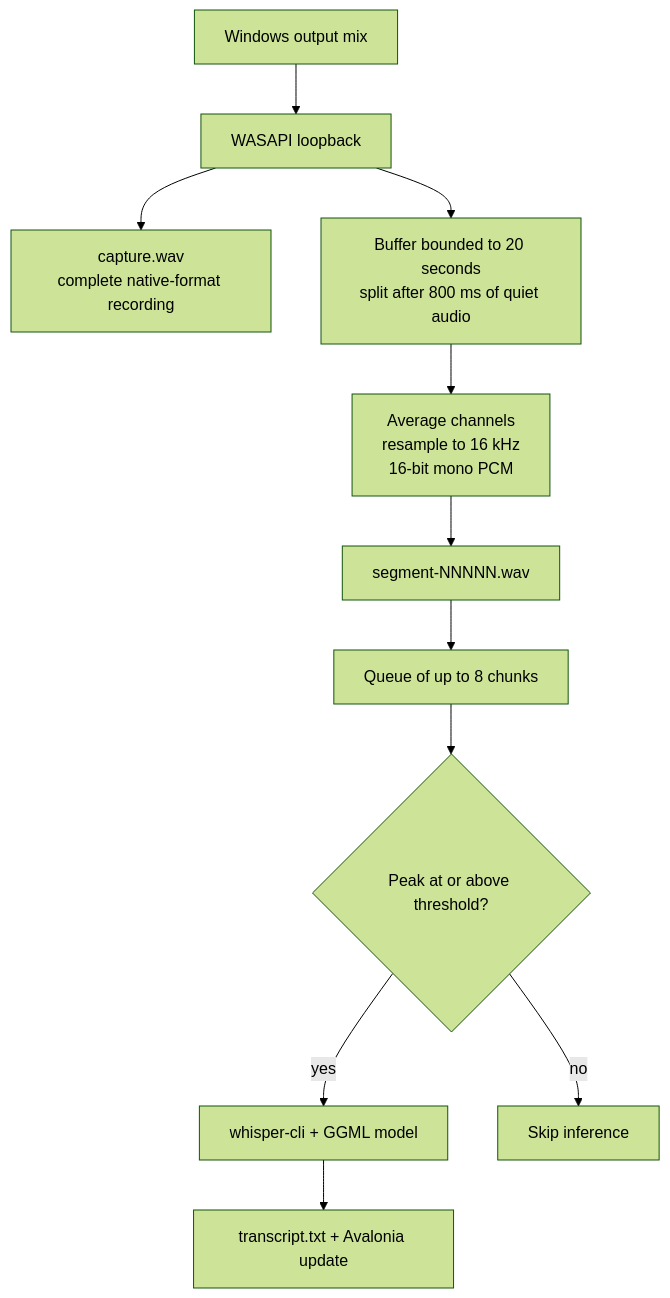
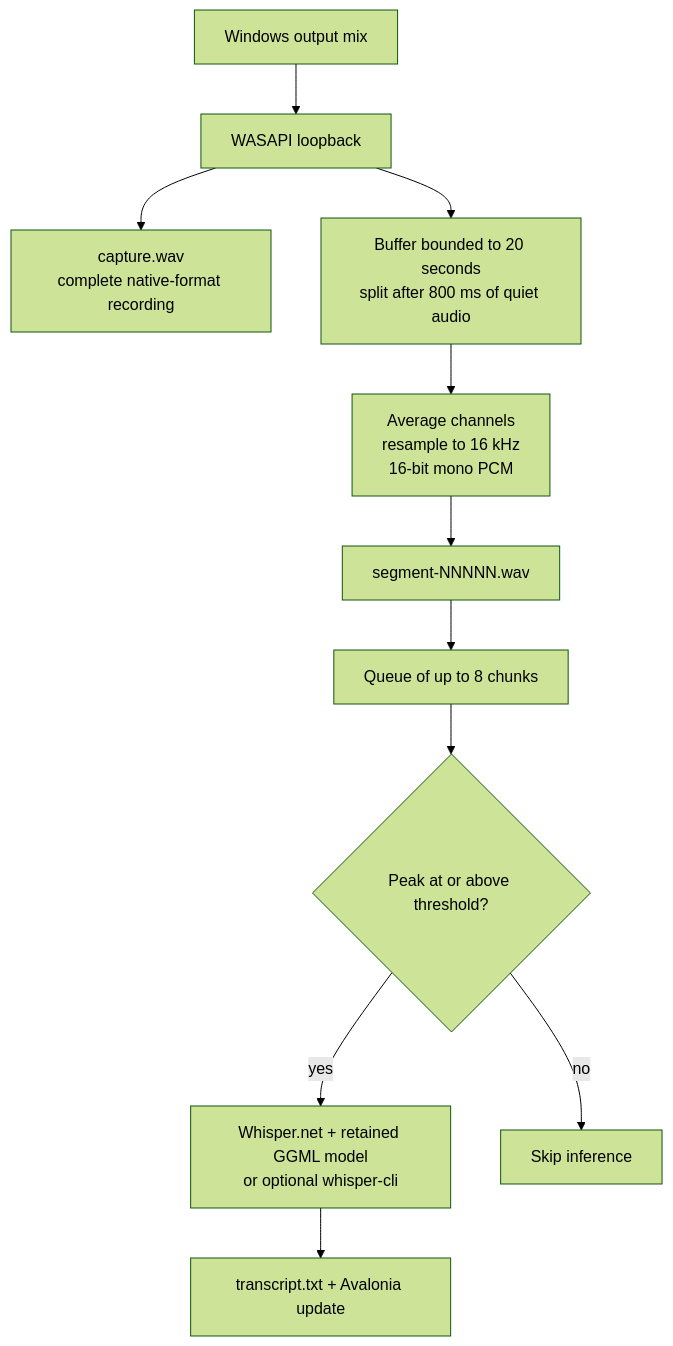
The second of 3 diagrams in docs/architecture.md (rflechner/Audio2Mcp), drawn with Mermaid (forest theme) before and after one commit. The commit also changed other lines of this file and 15 other files, not shown here.

First line of the commit message:
Use Whisper.net for in-process local transcription

````diff
--- a/docs/architecture.md
+++ b/docs/architecture.md
@@ -20,13 +21,13 @@
 ```mermaid
 flowchart TD
     SOUND[Windows output mix] --> LOOP[WASAPI loopback]
     LOOP --> RAW[capture.wav<br/>complete native-format recording]
     LOOP --> BUFFER[Buffer bounded to 20 seconds<br/>split after 800 ms of quiet audio]
     BUFFER --> PCM[Average channels<br/>resample to 16 kHz<br/>16-bit mono PCM]
     PCM --> FILES[segment-NNNNN.wav]
     FILES --> QUEUE[Queue of up to 8 chunks]
     QUEUE --> SILENCE{Peak at or above threshold?}
-    SILENCE -->|yes| PROCESS[whisper-cli + GGML model]
+    SILENCE -->|yes| PROCESS[Whisper.net + retained GGML model<br/>or optional whisper-cli]
     SILENCE -->|no| SKIP[Skip inference]
     PROCESS --> TEXT[transcript.txt + Avalonia update]
 ```
````
